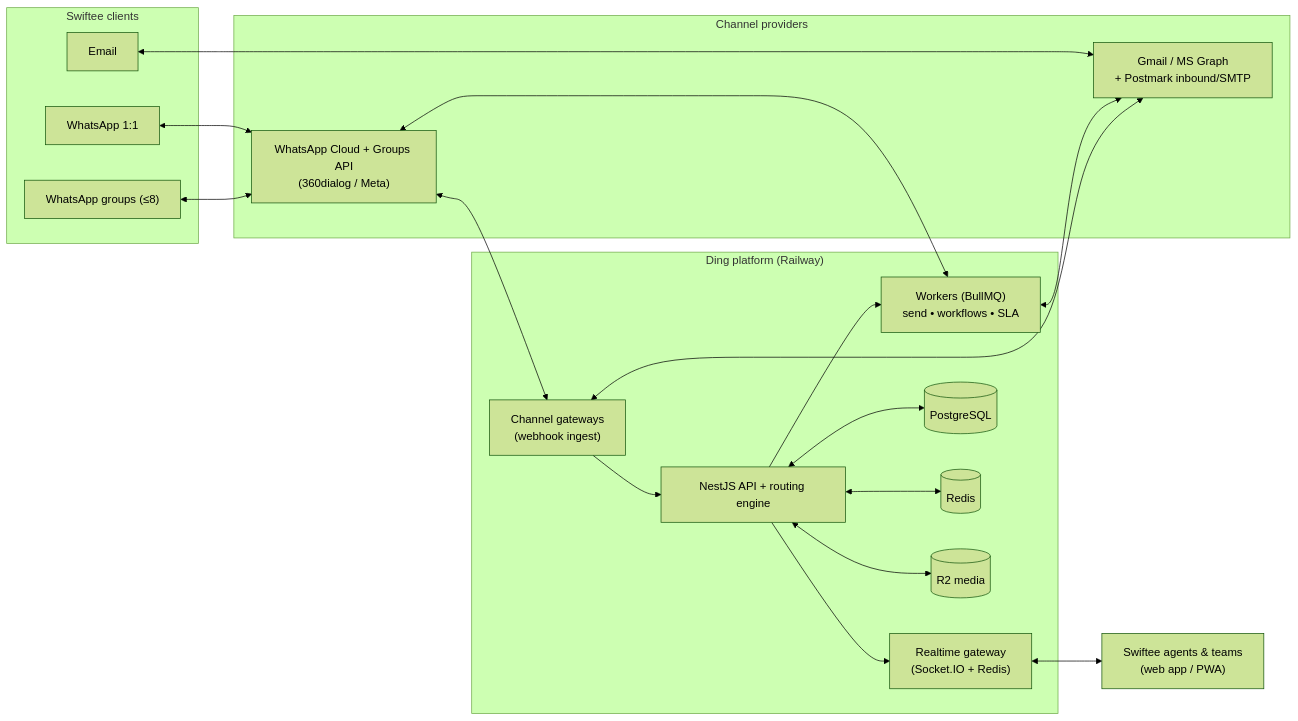
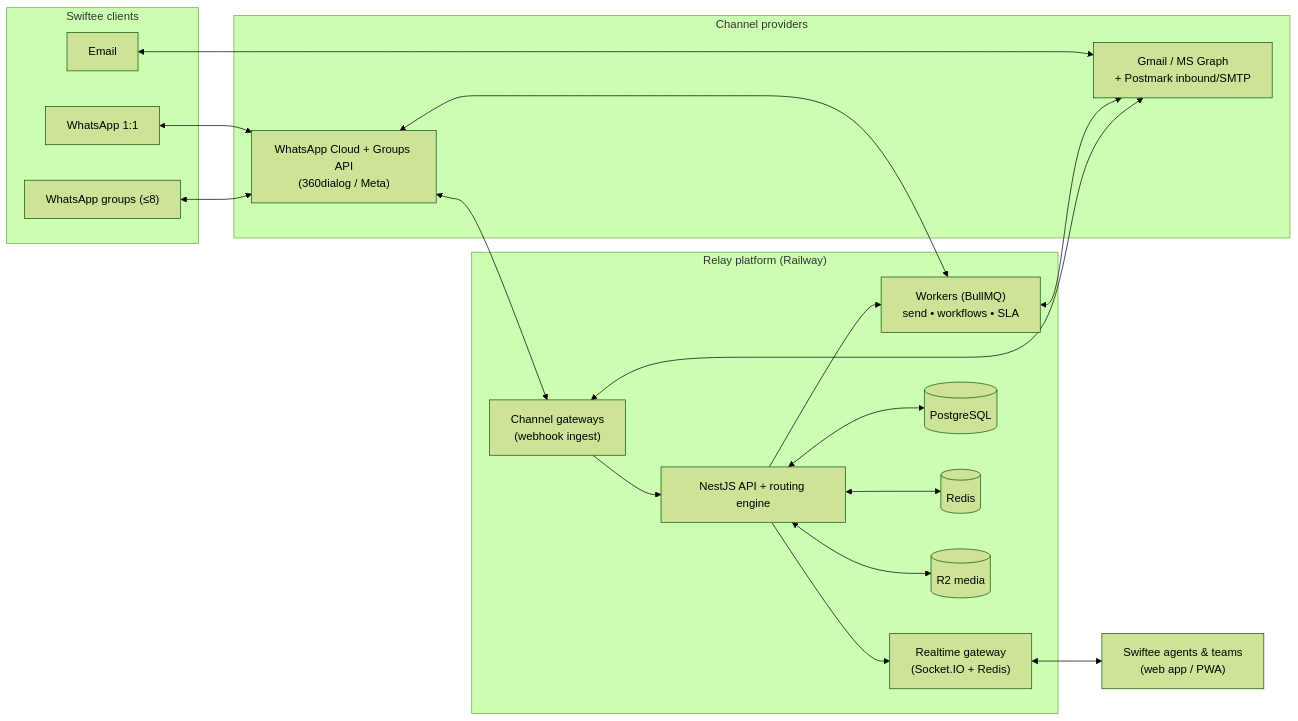
Before and after one commit to Nathan-swiftee/NestConnect: the diagram in README.md, drawn with Mermaid (forest theme). The commit also changed other lines of this file and 14 other files, not shown here.

First line of the commit message:
chore: rebrand platform to "Relay" (working name)

````diff
--- a/README.md
+++ b/README.md
@@ -55,40 +57,40 @@
 ```mermaid
 flowchart LR
     subgraph Clients["Swiftee clients"]
       WA["WhatsApp 1:1"]
       WG["WhatsApp groups (≤8)"]
       EM["Email"]
     end
 
     subgraph Providers["Channel providers"]
       META["WhatsApp Cloud + Groups API<br/>(360dialog / Meta)"]
       MAIL["Gmail / MS Graph<br/>+ Postmark inbound/SMTP"]
     end
 
-    subgraph Ding["Ding platform (Railway)"]
+    subgraph Relay["Relay platform (Railway)"]
       GW["Channel gateways<br/>(webhook ingest)"]
       API["NestJS API + routing engine"]
       RT["Realtime gateway<br/>(Socket.IO + Redis)"]
       WK["Workers (BullMQ)<br/>send • workflows • SLA"]
       DB[("PostgreSQL")]
       RD[("Redis")]
       R2[("R2 media")]
     end
 
     Agents["Swiftee agents & teams<br/>(web app / PWA)"]
 
     WA <--> META
     WG <--> META
     EM <--> MAIL
     META <--> GW
     MAIL <--> GW
     GW --> API
     API <--> DB
     API <--> RD
     API --> WK
     WK <--> META
     WK <--> MAIL
     API --> RT
     RT <--> Agents
     API <--> R2
 ```
````
